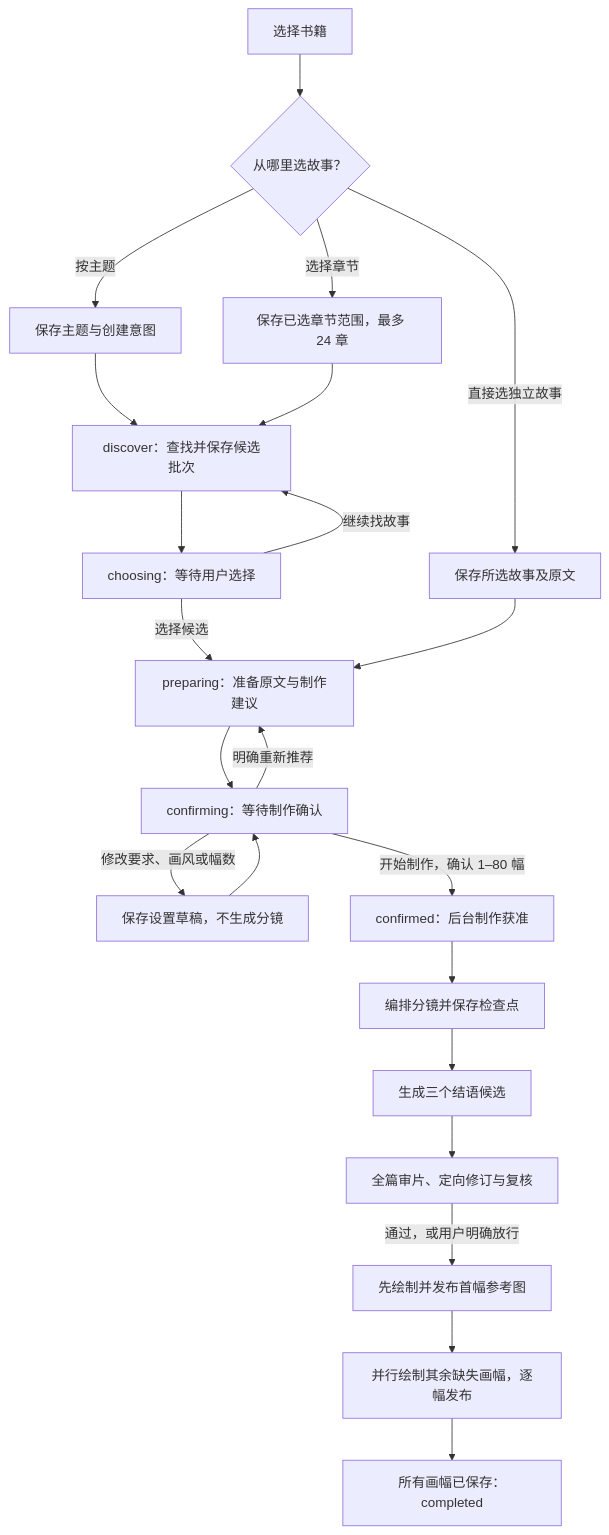
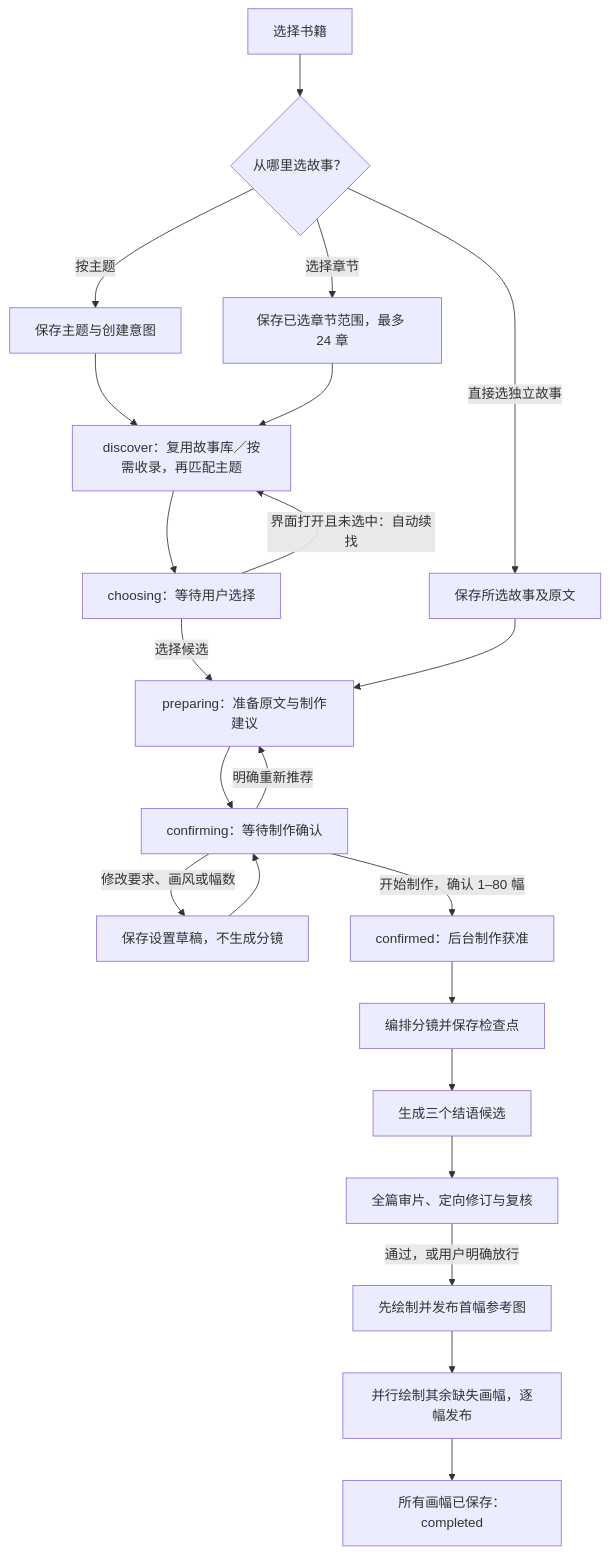
The first of 5 diagrams in .docs/story-creation-editing-queue.md (yysun/shiqu), drawn with Mermaid before and after one commit. The commit also changed other lines of this file and 30 other files, not shown here.

````diff
--- a/.docs/story-creation-editing-queue.md
+++ b/.docs/story-creation-editing-queue.md
@@ -17,24 +17,24 @@
 ```mermaid
 flowchart TD
     A["选择书籍"] --> B{"从哪里选故事？"}
     B -->|"按主题"| C["保存主题与创建意图"]
     B -->|"选择章节"| D["保存已选章节范围，最多 24 章"]
     B -->|"直接选独立故事"| E["保存所选故事及原文"]
-    C --> F["discover：查找并保存候选批次"]
+    C --> F["discover：复用故事库／按需收录，再匹配主题"]
     D --> F
     F --> G["choosing：等待用户选择"]
-    G -->|"继续找故事"| F
+    G -->|"界面打开且未选中：自动续找"| F
     G -->|"选择候选"| H["preparing：准备原文与制作建议"]
     E --> H
     H --> I["confirming：等待制作确认"]
     I -->|"修改要求、画风或幅数"| J["保存设置草稿，不生成分镜"]
     J --> I
     I -->|"明确重新推荐"| H
     I -->|"开始制作，确认 1–80 幅"| K["confirmed：后台制作获准"]
     K --> L["编排分镜并保存检查点"]
     L --> M["生成三个结语候选"]
     M --> N["全篇审片、定向修订与复核"]
     N -->|"通过，或用户明确放行"| O["先绘制并发布首幅参考图"]
     O --> P["并行绘制其余缺失画幅，逐幅发布"]
     P --> Q["所有画幅已保存：completed"]
 ```
````
